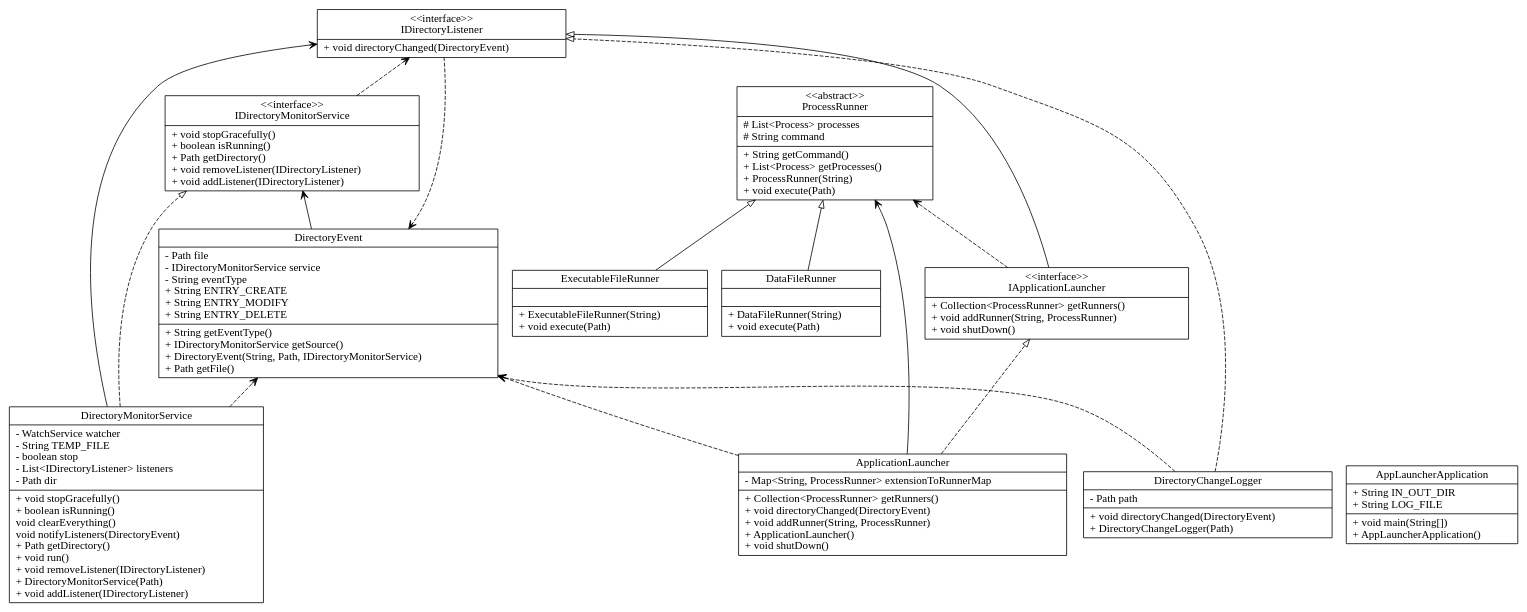
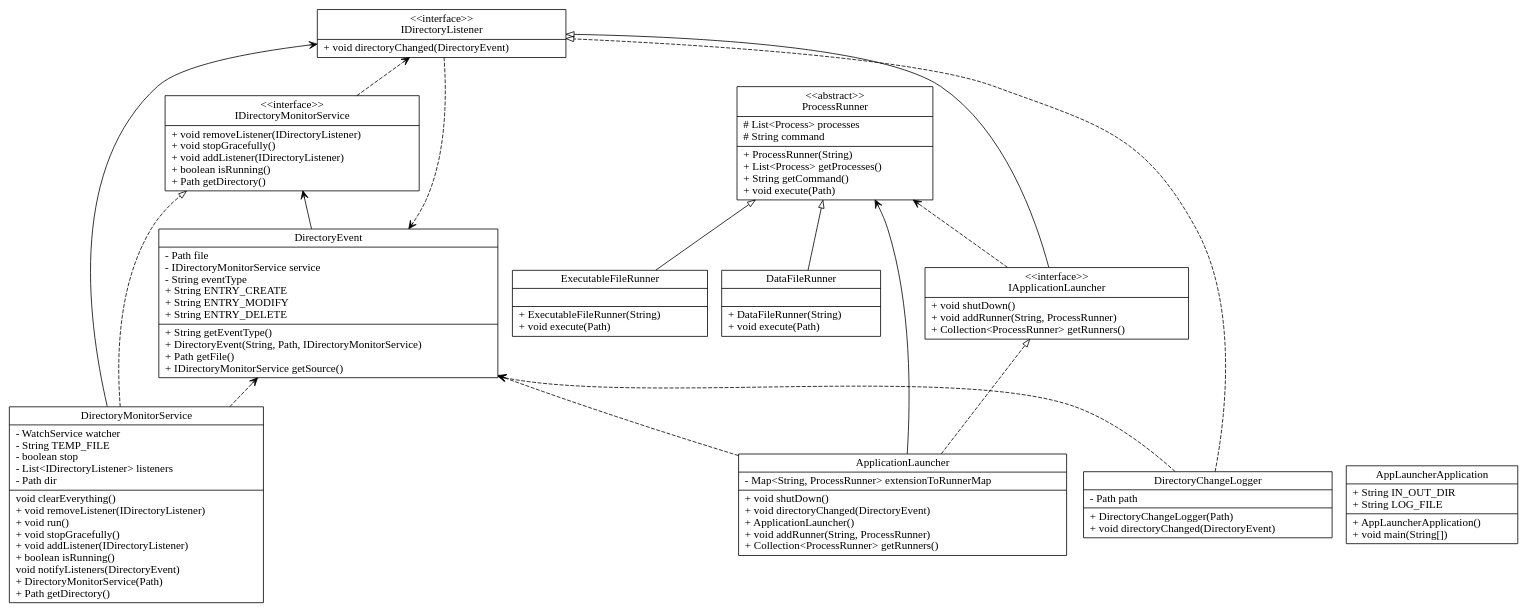
The diagram in docs/AppLauncherGeneratedUML.dot (sullivan-p/DesignParser), drawn with Graphviz before and after one commit. The commit also changed 4 other files, not shown here.

Commit message:
Removed commented out code. AbstractOjectModel now uses method signatures instead of method names as keys for storing method models.

```diff
--- a/docs/AppLauncherGeneratedUML.dot
+++ b/docs/AppLauncherGeneratedUML.dot
@@ -1,62 +1,62 @@
 digraph AppLauncher{
 rankdir=BT;
 DirectoryEvent [
 shape = "record",
-label = "{DirectoryEvent|- Path file\l- IDirectoryMonitorService service\l- String eventType\l+ String ENTRY_CREATE\l+ String ENTRY_MODIFY\l+ String ENTRY_DELETE\l|+ String getEventType()\l+ IDirectoryMonitorService getSource()\l+ DirectoryEvent(String, Path, IDirectoryMonitorService)\l+ Path getFile()\l}"
+label = "{DirectoryEvent|- Path file\l- IDirectoryMonitorService service\l- String eventType\l+ String ENTRY_CREATE\l+ String ENTRY_MODIFY\l+ String ENTRY_DELETE\l|+ String getEventType()\l+ DirectoryEvent(String, Path, IDirectoryMonitorService)\l+ Path getFile()\l+ IDirectoryMonitorService getSource()\l}"
 ];
 DirectoryMonitorService [
 shape = "record",
-label = "{DirectoryMonitorService|- WatchService watcher\l- String TEMP_FILE\l- boolean stop\l- List\<IDirectoryListener\> listeners\l- Path dir\l|+ void stopGracefully()\l+ boolean isRunning()\l void clearEverything()\l void notifyListeners(DirectoryEvent)\l+ Path getDirectory()\l+ void run()\l+ void removeListener(IDirectoryListener)\l+ DirectoryMonitorService(Path)\l+ void addListener(IDirectoryListener)\l}"
+label = "{DirectoryMonitorService|- WatchService watcher\l- String TEMP_FILE\l- boolean stop\l- List\<IDirectoryListener\> listeners\l- Path dir\l| void clearEverything()\l+ void removeListener(IDirectoryListener)\l+ void run()\l+ void stopGracefully()\l+ void addListener(IDirectoryListener)\l+ boolean isRunning()\l void notifyListeners(DirectoryEvent)\l+ DirectoryMonitorService(Path)\l+ Path getDirectory()\l}"
 ];
 IApplicationLauncher [
 shape = "record",
-label = "{\<\<interface\>\>\nIApplicationLauncher|+ Collection\<ProcessRunner\> getRunners()\l+ void addRunner(String, ProcessRunner)\l+ void shutDown()\l}"
+label = "{\<\<interface\>\>\nIApplicationLauncher|+ void shutDown()\l+ void addRunner(String, ProcessRunner)\l+ Collection\<ProcessRunner\> getRunners()\l}"
 ];
 IDirectoryListener [
 shape = "record",
 label = "{\<\<interface\>\>\nIDirectoryListener|+ void directoryChanged(DirectoryEvent)\l}"
 ];
 IDirectoryMonitorService [
 shape = "record",
-label = "{\<\<interface\>\>\nIDirectoryMonitorService|+ void stopGracefully()\l+ boolean isRunning()\l+ Path getDirectory()\l+ void removeListener(IDirectoryListener)\l+ void addListener(IDirectoryListener)\l}"
+label = "{\<\<interface\>\>\nIDirectoryMonitorService|+ void removeListener(IDirectoryListener)\l+ void stopGracefully()\l+ void addListener(IDirectoryListener)\l+ boolean isRunning()\l+ Path getDirectory()\l}"
 ];
 DataFileRunner [
 shape = "record",
 label = "{DataFileRunner||+ DataFileRunner(String)\l+ void execute(Path)\l}"
 ];
 DirectoryChangeLogger [
 shape = "record",
-label = "{DirectoryChangeLogger|- Path path\l|+ void directoryChanged(DirectoryEvent)\l+ DirectoryChangeLogger(Path)\l}"
+label = "{DirectoryChangeLogger|- Path path\l|+ DirectoryChangeLogger(Path)\l+ void directoryChanged(DirectoryEvent)\l}"
 ];
 AppLauncherApplication [
 shape = "record",
-label = "{AppLauncherApplication|+ String IN_OUT_DIR\l+ String LOG_FILE\l|+ void main(String[])\l+ AppLauncherApplication()\l}"
+label = "{AppLauncherApplication|+ String IN_OUT_DIR\l+ String LOG_FILE\l|+ AppLauncherApplication()\l+ void main(String[])\l}"
 ];
 ExecutableFileRunner [
 shape = "record",
 label = "{ExecutableFileRunner||+ ExecutableFileRunner(String)\l+ void execute(Path)\l}"
 ];
 ProcessRunner [
 shape = "record",
-label = "{\<\<abstract\>\>\nProcessRunner|# List\<Process\> processes\l# String command\l|+ String getCommand()\l+ List\<Process\> getProcesses()\l+ ProcessRunner(String)\l+ void execute(Path)\l}"
+label = "{\<\<abstract\>\>\nProcessRunner|# List\<Process\> processes\l# String command\l|+ ProcessRunner(String)\l+ List\<Process\> getProcesses()\l+ String getCommand()\l+ void execute(Path)\l}"
 ];
 ApplicationLauncher [
 shape = "record",
-label = "{ApplicationLauncher|- Map\<String, ProcessRunner\> extensionToRunnerMap\l|+ Collection\<ProcessRunner\> getRunners()\l+ void directoryChanged(DirectoryEvent)\l+ void addRunner(String, ProcessRunner)\l+ ApplicationLauncher()\l+ void shutDown()\l}"
+label = "{ApplicationLauncher|- Map\<String, ProcessRunner\> extensionToRunnerMap\l|+ void shutDown()\l+ void directoryChanged(DirectoryEvent)\l+ ApplicationLauncher()\l+ void addRunner(String, ProcessRunner)\l+ Collection\<ProcessRunner\> getRunners()\l}"
 ];
 DirectoryChangeLogger -> IDirectoryListener [arrowhead="onormal", style="dashed"];
 DataFileRunner -> ProcessRunner [arrowhead="onormal", style="solid"];
 DirectoryMonitorService -> IDirectoryMonitorService [arrowhead="onormal", style="dashed"];
 IApplicationLauncher -> IDirectoryListener [arrowhead="onormal", style="solid"];
 ApplicationLauncher -> IApplicationLauncher [arrowhead="onormal", style="dashed"];
 ExecutableFileRunner -> ProcessRunner [arrowhead="onormal", style="solid"];
 DirectoryChangeLogger -> DirectoryEvent [arrowhead="vee", style="dashed"];
 ApplicationLauncher -> ProcessRunner [arrowhead="vee", style="solid"];
 ApplicationLauncher -> DirectoryEvent [arrowhead="vee", style="dashed"];
 IDirectoryMonitorService -> IDirectoryListener [arrowhead="vee", style="dashed"];
 DirectoryEvent -> IDirectoryMonitorService [arrowhead="vee", style="solid"];
 DirectoryMonitorService -> IDirectoryListener [arrowhead="vee", style="solid"];
 IApplicationLauncher -> ProcessRunner [arrowhead="vee", style="dashed"];
 DirectoryMonitorService -> DirectoryEvent [arrowhead="vee", style="dashed"];
 IDirectoryListener -> DirectoryEvent [arrowhead="vee", style="dashed"];
 }
```
